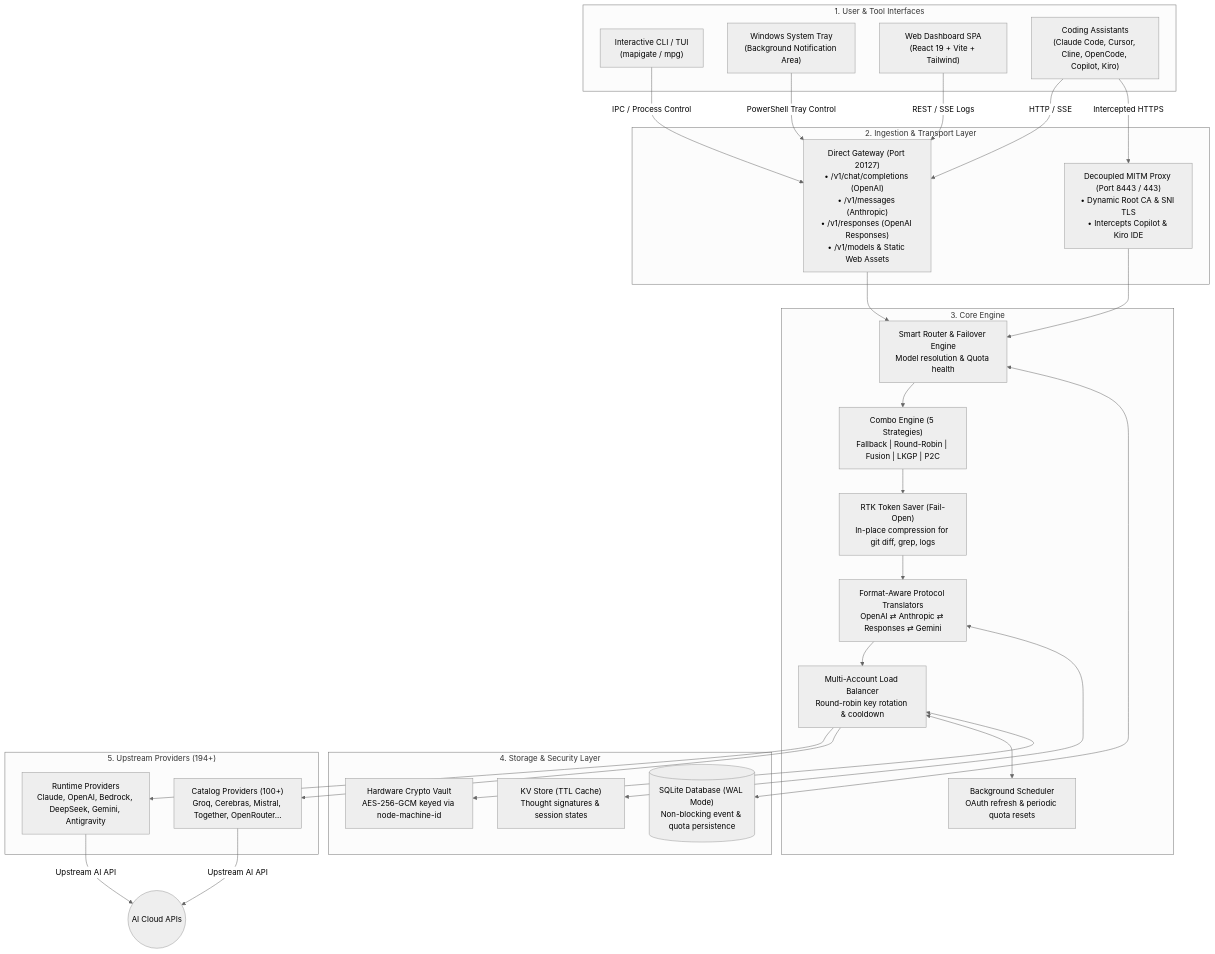
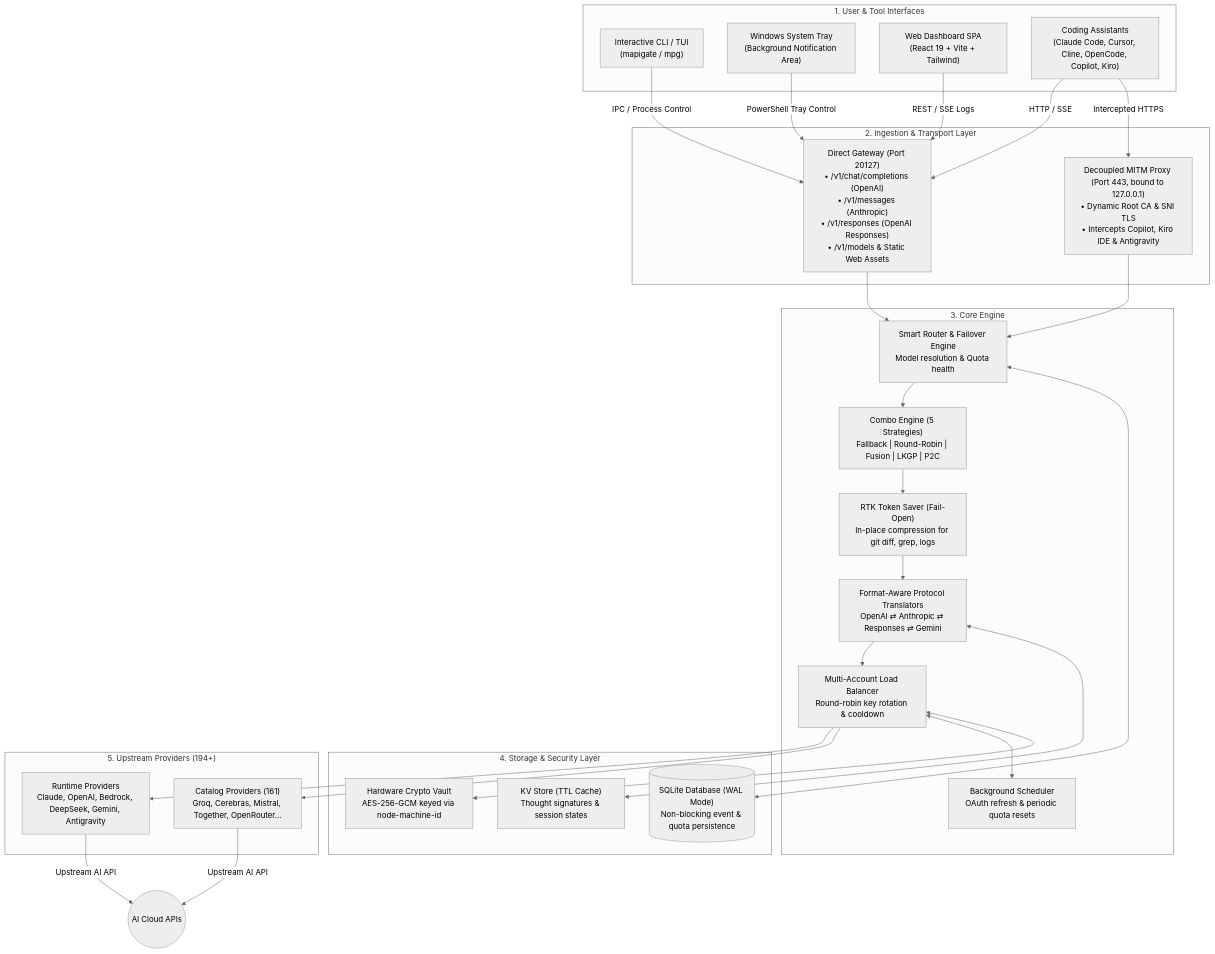
Before and after one commit to joutvhu/mapigate: the first of 4 diagrams in docs/ARCHITECTURE.md, drawn with Mermaid (neutral theme). The commit also changed other lines of this file and 5 other files, not shown here.

First line of the commit message:
docs: document gateway API endpoints, provider tiers, and architecture

````diff
--- a/docs/ARCHITECTURE.md
+++ b/docs/ARCHITECTURE.md
@@ -12,55 +12,55 @@
 ```mermaid
 graph TD
     subgraph UI["1. User & Tool Interfaces"]
         CLI["Interactive CLI / TUI<br/>(mapigate / mpg)"]
         TRAY["Windows System Tray<br/>(Background Notification Area)"]
         DASH["Web Dashboard SPA<br/>(React 19 + Vite + Tailwind)"]
         TOOLS["Coding Assistants<br/>(Claude Code, Cursor, Cline, OpenCode, Copilot, Kiro)"]
     end
 
     subgraph INGEST["2. Ingestion & Transport Layer"]
         GATEWAY["Direct Gateway (Port 20127)<br/>• /v1/chat/completions (OpenAI)<br/>• /v1/messages (Anthropic)<br/>• /v1/responses (OpenAI Responses)<br/>• /v1/models & Static Web Assets"]
-        MITM["Decoupled MITM Proxy (Port 8443 / 443)<br/>• Dynamic Root CA & SNI TLS<br/>• Intercepts Copilot & Kiro IDE"]
+        MITM["Decoupled MITM Proxy (Port 443, bound to 127.0.0.1)<br/>• Dynamic Root CA & SNI TLS<br/>• Intercepts Copilot, Kiro IDE & Antigravity"]
     end
 
     subgraph ENGINE["3. Core Engine"]
         ROUTER["Smart Router & Failover Engine<br/>Model resolution & Quota health"]
         COMBO["Combo Engine (5 Strategies)<br/>Fallback | Round-Robin | Fusion | LKGP | P2C"]
         RTK["RTK Token Saver (Fail-Open)<br/>In-place compression for git diff, grep, logs"]
         ADAPTERS["Format-Aware Protocol Translators<br/>OpenAI ⇄ Anthropic ⇄ Responses ⇄ Gemini"]
         LOADBAL["Multi-Account Load Balancer<br/>Round-robin key rotation & cooldown"]
         SCHED["Background Scheduler<br/>OAuth refresh & periodic quota resets"]
     end
 
     subgraph STORAGE["4. Storage & Security Layer"]
         SQLITE[("SQLite Database (WAL Mode)<br/>Non-blocking event & quota persistence")]
         VAULT["Hardware Crypto Vault<br/>AES-256-GCM keyed via node-machine-id"]
         KV["KV Store (TTL Cache)<br/>Thought signatures & session states"]
     end
 
     subgraph UPSTREAM["5. Upstream Providers (194+)"]
         PROV_RUN["Runtime Providers<br/>Claude, OpenAI, Bedrock, DeepSeek, Gemini, Antigravity"]
-        PROV_CAT["Catalog Providers (100+)<br/>Groq, Cerebras, Mistral, Together, OpenRouter..."]
+        PROV_CAT["Catalog Providers (161)<br/>Groq, Cerebras, Mistral, Together, OpenRouter..."]
     end
 
     TOOLS -->|HTTP / SSE| GATEWAY
     TOOLS -->|Intercepted HTTPS| MITM
     CLI -->|IPC / Process Control| GATEWAY
     TRAY -->|PowerShell Tray Control| GATEWAY
     DASH -->|REST / SSE Logs| GATEWAY
 
     GATEWAY --> ROUTER
     MITM --> ROUTER
 
     ROUTER --> COMBO
     COMBO --> RTK
     RTK --> ADAPTERS
     ADAPTERS --> LOADBAL
     LOADBAL --> PROV_RUN & PROV_CAT
 
     LOADBAL <--> SCHED
     ROUTER <--> SQLITE
     LOADBAL <--> VAULT
     ADAPTERS <--> KV
     PROV_RUN & PROV_CAT -->|Upstream AI API| INTERNET((AI Cloud APIs))
 ```
````
